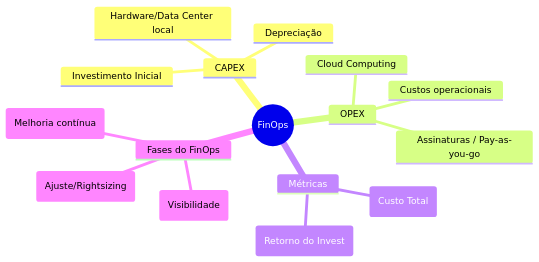
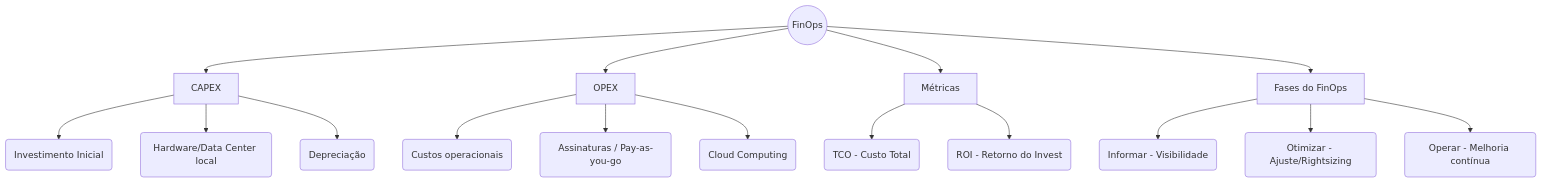
One commit to Ruanggd123/Tj changed the diagram in 02_Conhecimentos_Gerais/guia_dia_03_06.md. Above: the diagram before and after it, drawn with Mermaid.

Commit message:
Corrige sintaxe do Mermaid incompatível com a versão 8.8.0

````diff
--- a/02_Conhecimentos_Gerais/guia_dia_03_06.md
+++ b/02_Conhecimentos_Gerais/guia_dia_03_06.md
@@ -24,19 +24,22 @@
 ```mermaid
-mindmap
-  root((FinOps))
-    CAPEX
-      Investimento Inicial
-      Hardware/Data Center local
-      Depreciação
-    OPEX
-      Custos operacionais
-      Assinaturas / Pay-as-you-go
-      Cloud Computing
-    Métricas
-      TCO (Custo Total)
-      ROI (Retorno do Invest)
-    Fases do FinOps
-      Informar (Visibilidade)
-      Otimizar (Ajuste/Rightsizing)
-      Operar (Melhoria contínua)
+graph TD
+    A((FinOps)) --> B[CAPEX]
+    A --> C[OPEX]
+    A --> D[Métricas]
+    A --> E[Fases do FinOps]
+    
+    B --> B1(Investimento Inicial)
+    B --> B2(Hardware/Data Center local)
+    B --> B3(Depreciação)
+    
+    C --> C1(Custos operacionais)
+    C --> C2(Assinaturas / Pay-as-you-go)
+    C --> C3(Cloud Computing)
+    
+    D --> D1(TCO - Custo Total)
+    D --> D2(ROI - Retorno do Invest)
+    
+    E --> E1(Informar - Visibilidade)
+    E --> E2(Otimizar - Ajuste/Rightsizing)
+    E --> E3(Operar - Melhoria contínua)
 ```
````
